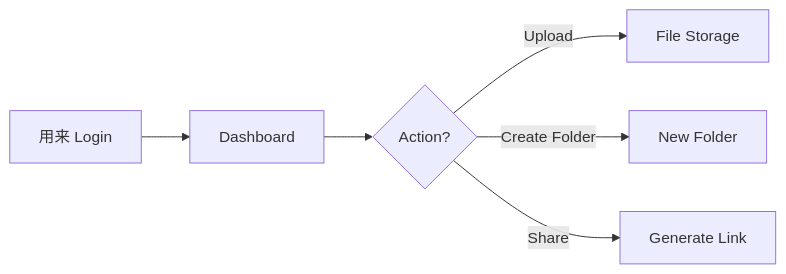
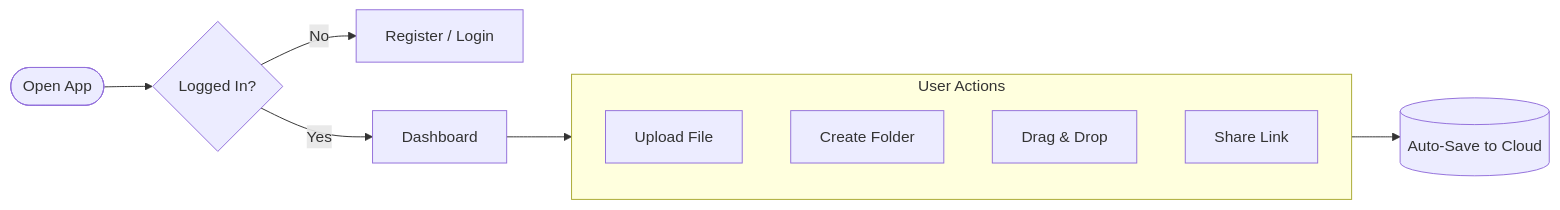
The fourth of 4 diagrams in README.md (MohammedAnsari123/Project-2---Cloud-Based-storage-service---web), drawn with Mermaid before and after one commit. The commit also changed other lines of this file, not shown here.

````diff
--- a/README.md
+++ b/README.md
@@ -75,8 +103,18 @@
 ```mermaid
 flowchart LR
-    A[用来 Login] --> B[Dashboard]
-    B --> C{Action?}
-    C -->|Upload| D[File Storage]
-    C -->|Create Folder| E[New Folder]
-    C -->|Share| F[Generate Link]
+    Start([Open App]) --> Login{Logged In?}
+    Login -- No --> Register[Register / Login]
+    Login -- Yes --> Dashboard[Dashboard]
+    
+    Dashboard --> Actions
+    
+    subgraph Actions [User Actions]
+        direction TB
+        Upload[Upload File]
+        Create[Create Folder]
+        Moving[Drag & Drop]
+        Share[Share Link]
+    end
+    
+    Actions --> Save[(Auto-Save to Cloud)]
 ```
````
